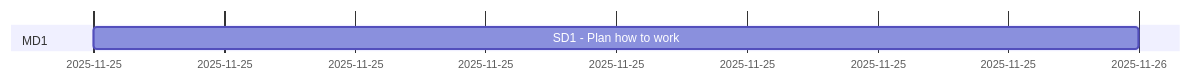
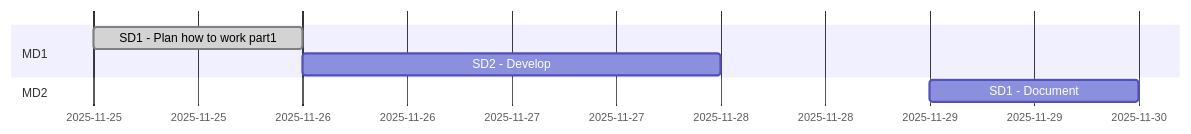
The first of 2 diagrams in DECK.md (hoss-java/calapp-workshop), drawn with Mermaid before and after one commit. The commit also changed other lines of this file and 1 other file, not shown here.

````diff
--- a/DECK.md
+++ b/DECK.md
@@ -27,7 +27,9 @@
 ```mermaid
 gantt
     section MD1
-    SD1 - Plan how to work                 :md1des1, 2025-11-25,1d
+    SD1 - Plan how to work part1                :done,md1des1, 2025-11-25,1d
+    SD2 - Develop                :md1des2, after md1des1,2d
 
     section MD2
+    SD1 - Document                :md2des1, 2025-11-29,1d
 ```
````
